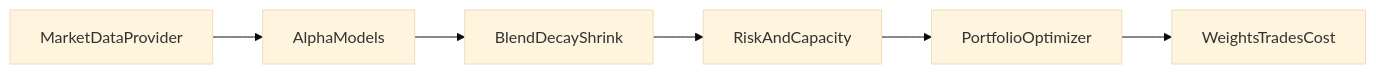
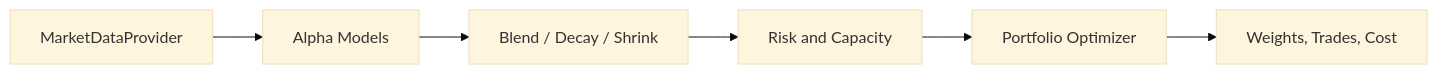
Before and after one commit to SudeepS97/ai_qre: the diagram in README.md, drawn with Mermaid (base theme).

````diff
--- a/README.md
+++ b/README.md
@@ -26,15 +26,10 @@
 ```mermaid
-flowchart LR
-    DataProvider[MarketDataProvider]
-    Alpha[AlphaModels]
-    Blend[BlendDecayShrink]
-    Risk[RiskAndCapacity]
-    Optimizer[PortfolioOptimizer]
-    Output[WeightsTradesCost]
-
-    DataProvider --> Alpha
-    Alpha --> Blend
-    Blend --> Risk
-    Risk --> Optimizer
-    Optimizer --> Output
+graph LR
+    A[MarketDataProvider]
+    B[Alpha Models]
+    C[Blend / Decay / Shrink]
+    D[Risk and Capacity]
+    E[Portfolio Optimizer]
+    F[Weights, Trades, Cost]
+    A --> B --> C --> D --> E --> F
 ```
````
